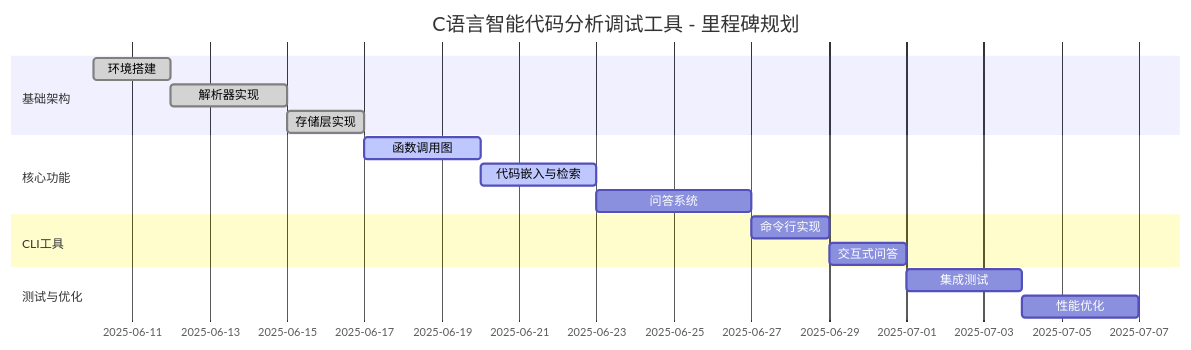
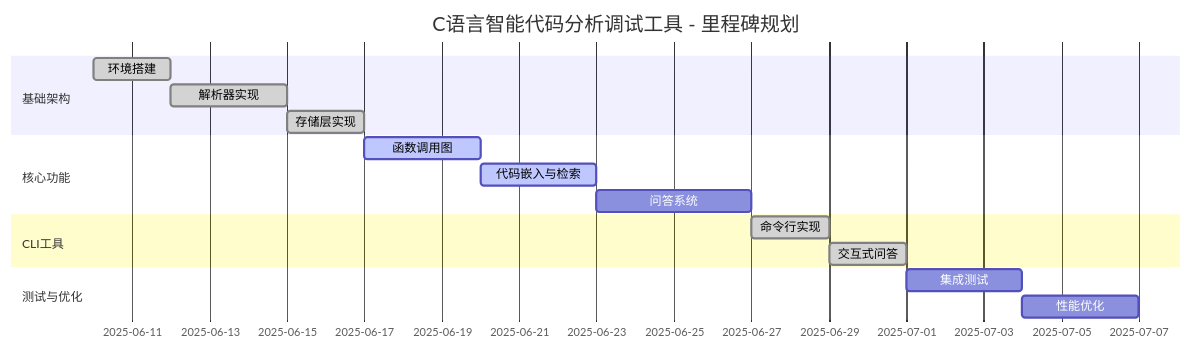
Before and after one commit to flyingcloud-code/repo-inspector: the sixth of 8 diagrams in 001-dev-docs/01_architecture.md, drawn with Mermaid. The commit also changed other lines of this file and 47 other files, not shown here.

````diff
--- a/001-dev-docs/01_architecture.md
+++ b/001-dev-docs/01_architecture.md
@@ -927,22 +908,22 @@
 ```mermaid
 gantt
     title C语言智能代码分析调试工具 - 里程碑规划
     dateFormat  YYYY-MM-DD
     section 基础架构
     环境搭建              :done, m1, 2025-06-10, 2d
     解析器实现            :done, m2, 2025-06-12, 3d
     存储层实现            :done, m3, 2025-06-15, 2d
     
     section 核心功能
     函数调用图            :active, m4, 2025-06-17, 3d
     代码嵌入与检索        :active, m5, 2025-06-20, 3d
     问答系统              :m6, 2025-06-23, 4d
     
     section CLI工具
-    命令行实现            :m7, 2025-06-27, 2d
-    交互式问答            :m8, 2025-06-29, 2d
+    命令行实现            :done, m7, 2025-06-27, 2d
+    交互式问答            :done, m8, 2025-06-29, 2d
     
     section 测试与优化
     集成测试              :m9, 2025-07-01, 3d
     性能优化              :m10, 2025-07-04, 3d
 ```
````
